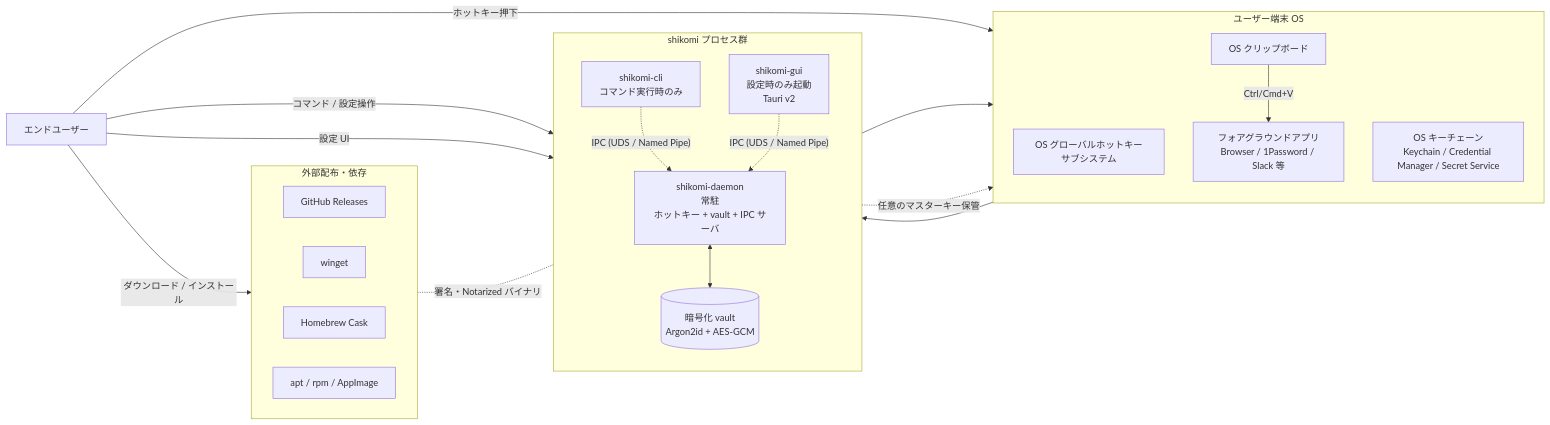
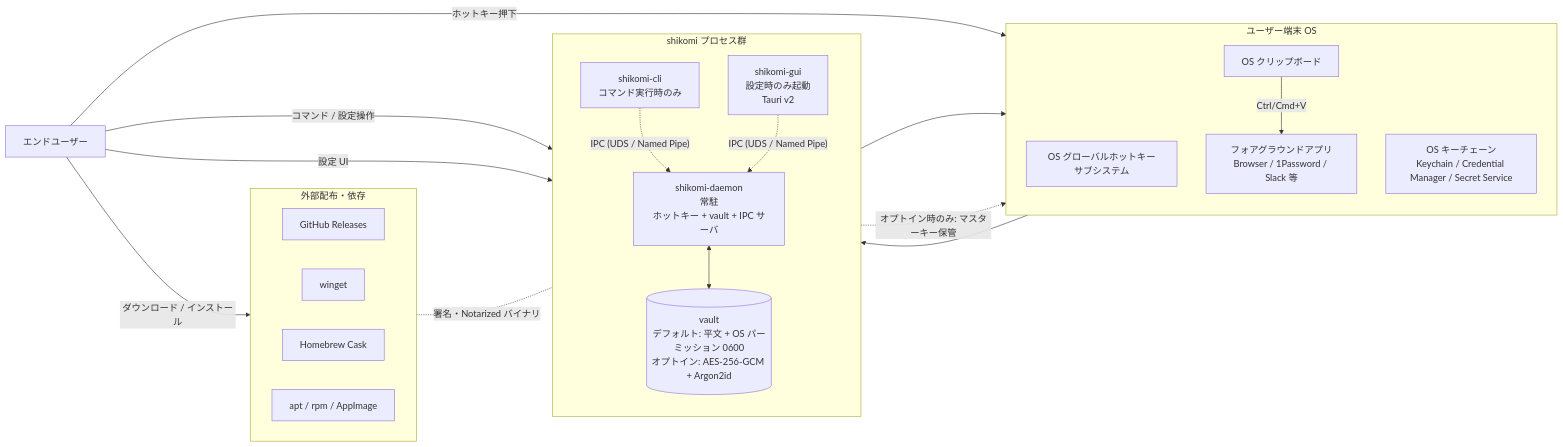
Before and after one commit to shikomi-dev/shikomi: the first of 2 diagrams in docs/architecture/context.md, drawn with Mermaid. The commit also changed other lines of this file and 3 other files, not shown here.

First line of the commit message:
docs(architecture): vault 保護のデフォルトを平文化、暗号化をオプトインに変更

````diff
--- a/docs/architecture/context.md
+++ b/docs/architecture/context.md
@@ -13,40 +14,40 @@
 ```mermaid
 flowchart LR
     User[エンドユーザー]
     subgraph Host[ユーザー端末 OS]
         direction TB
         Hotkey[OS グローバルホットキーサブシステム]
         ClipSys[OS クリップボード]
         Keychain[OS キーチェーン<br/>Keychain / Credential Manager / Secret Service]
         FG[フォアグラウンドアプリ<br/>Browser / 1Password / Slack 等]
     end
     subgraph Shikomi[shikomi プロセス群]
         direction TB
         Daemon["shikomi-daemon<br/>常駐<br/>ホットキー + vault + IPC サーバ"]
         Cli["shikomi-cli<br/>コマンド実行時のみ"]
         Gui["shikomi-gui<br/>設定時のみ起動<br/>Tauri v2"]
-        Store[("暗号化 vault<br/>Argon2id + AES-GCM")]
+        Store[("vault<br/>デフォルト: 平文 + OS パーミッション 0600<br/>オプトイン: AES-256-GCM + Argon2id")]
     end
 
     User -- ホットキー押下 --> Hotkey
     User -- コマンド / 設定操作 --> Cli
     User -- 設定 UI --> Gui
     Hotkey --> Daemon
     Daemon --> ClipSys
     ClipSys -- Ctrl/Cmd+V --> FG
     Daemon <--> Store
-    Daemon -. 任意のマスターキー保管 .-> Keychain
+    Daemon -. オプトイン時のみ: マスターキー保管 .-> Keychain
     Cli -. IPC (UDS / Named Pipe) .-> Daemon
     Gui -. IPC (UDS / Named Pipe) .-> Daemon
 
     subgraph External[外部配布・依存]
         direction LR
         GitHub[GitHub Releases]
         Winget[winget]
         Homebrew[Homebrew Cask]
         APT[apt / rpm / AppImage]
     end
 
     User -- ダウンロード / インストール --> External
     External -. 署名・Notarized バイナリ .- Shikomi
 ```
````
